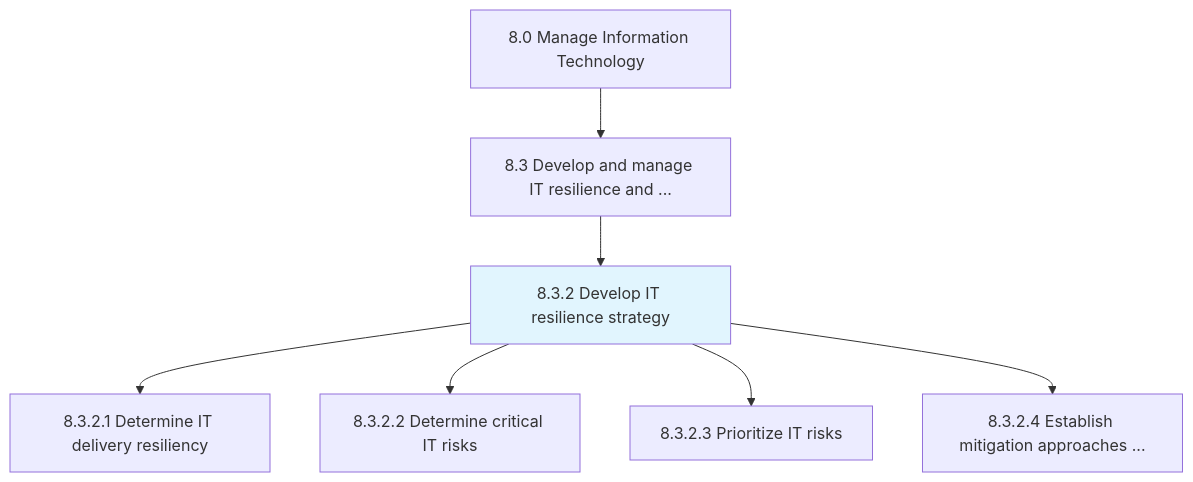
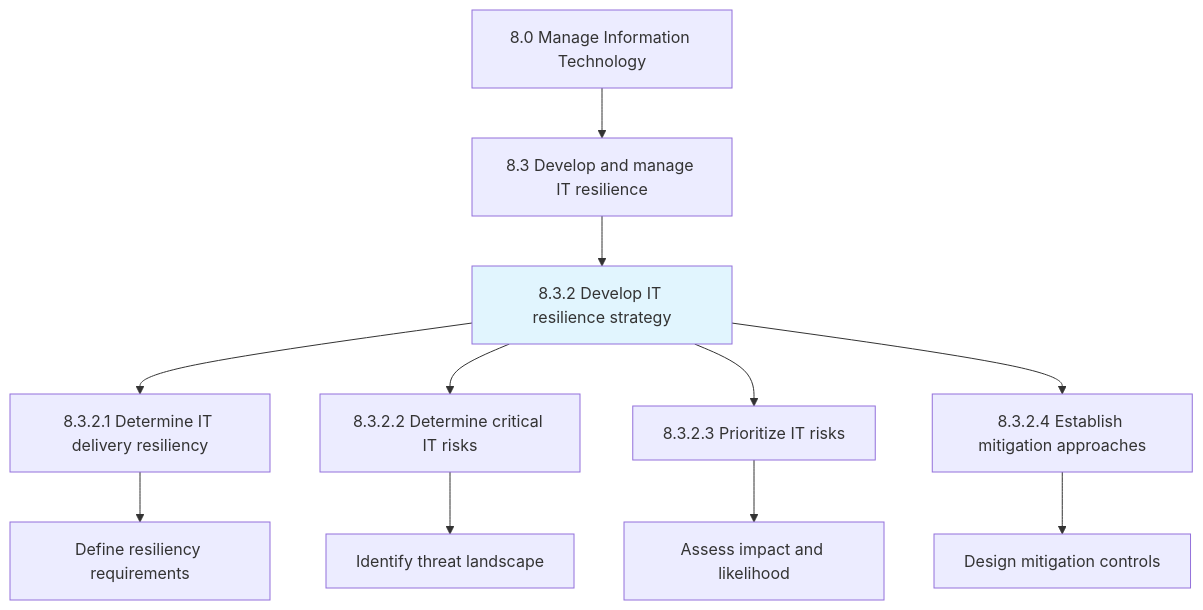
Before and after one commit to kziemski/business.org.ai: the first of 3 diagrams in processes/08-IT/8.3-DevelopManageITResilience/8.3.2-DevelopITResilienceStrategy/index.mdx, drawn with Mermaid. The commit also changed other lines of this file and 67 other files, not shown here.

````diff
--- a/processes/08-IT/8.3-DevelopManageITResilience/8.3.2-DevelopITResilienceStrategy/index.mdx
+++ b/processes/08-IT/8.3-DevelopManageITResilience/8.3.2-DevelopITResilienceStrategy/index.mdx
@@ -25,11 +27,16 @@
 ```mermaid
 graph TD
     C8["8.0 Manage Information Technology"]
-    C8 --> N8_3["8.3 Develop and manage IT resilience and ..."]
+    C8 --> N8_3["8.3 Develop and manage IT resilience"]
     N8_3 --> N8_3_2["8.3.2 Develop IT resilience strategy"]
     style N8_3_2 fill:#e1f5fe
     N8_3_2 --> N8_3_2_1["8.3.2.1 Determine IT delivery resiliency"]
     N8_3_2 --> N8_3_2_2["8.3.2.2 Determine critical IT risks"]
     N8_3_2 --> N8_3_2_3["8.3.2.3 Prioritize IT risks"]
-    N8_3_2 --> N8_3_2_4["8.3.2.4 Establish mitigation approaches ..."]
+    N8_3_2 --> N8_3_2_4["8.3.2.4 Establish mitigation approaches"]
+
+    N8_3_2_1 --> A1["Define resiliency requirements"]
+    N8_3_2_2 --> A2["Identify threat landscape"]
+    N8_3_2_3 --> A3["Assess impact and likelihood"]
+    N8_3_2_4 --> A4["Design mitigation controls"]
 ```
````
